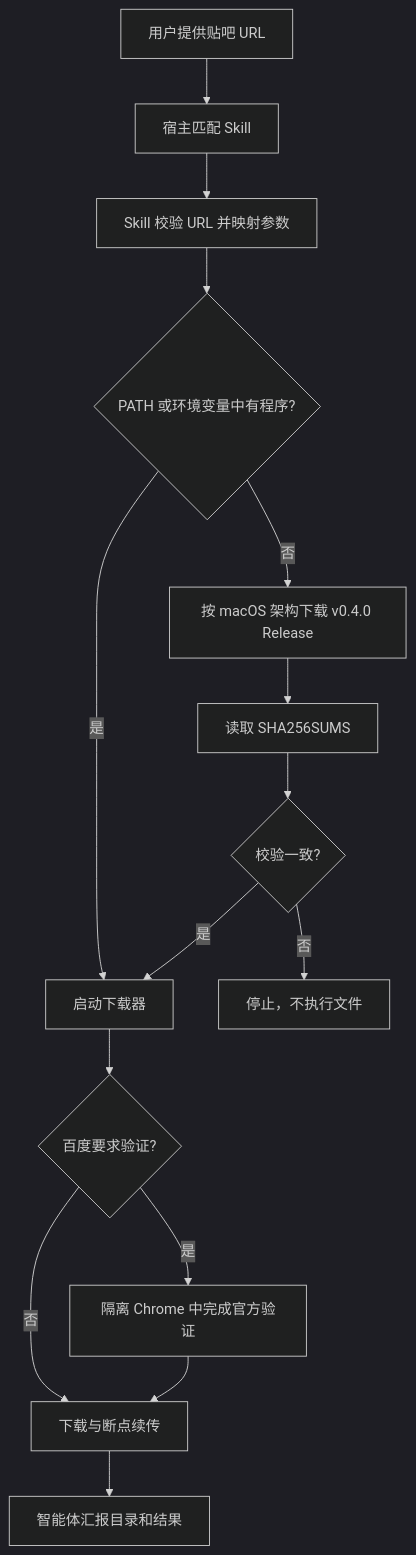
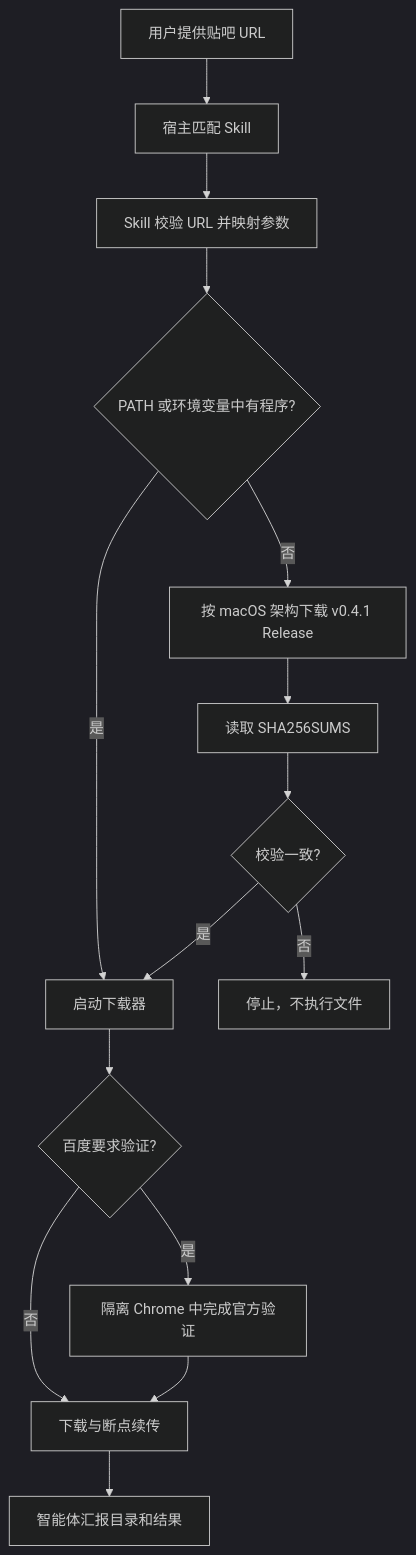
Before and after one commit to XieWeikai/tieba-image-downloader: the diagram in docs/plugin.md, drawn with Mermaid (dark theme). The commit also changed 7 other files, not shown here.

````diff
--- a/docs/plugin.md
+++ b/docs/plugin.md
@@ -60,17 +60,17 @@
 ```mermaid
 flowchart TD
     A[用户提供贴吧 URL] --> B[宿主匹配 Skill]
     B --> C[Skill 校验 URL 并映射参数]
     C --> D{PATH 或环境变量中有程序?}
     D -- 是 --> H[启动下载器]
-    D -- 否 --> E[按 macOS 架构下载 v0.4.0 Release]
+    D -- 否 --> E[按 macOS 架构下载 v0.4.1 Release]
     E --> F[读取 SHA256SUMS]
     F --> G{校验一致?}
     G -- 否 --> X[停止，不执行文件]
     G -- 是 --> H
     H --> I{百度要求验证?}
     I -- 是 --> J[隔离 Chrome 中完成官方验证]
     I -- 否 --> K[下载与断点续传]
     J --> K
     K --> L[智能体汇报目录和结果]
 ```
````
